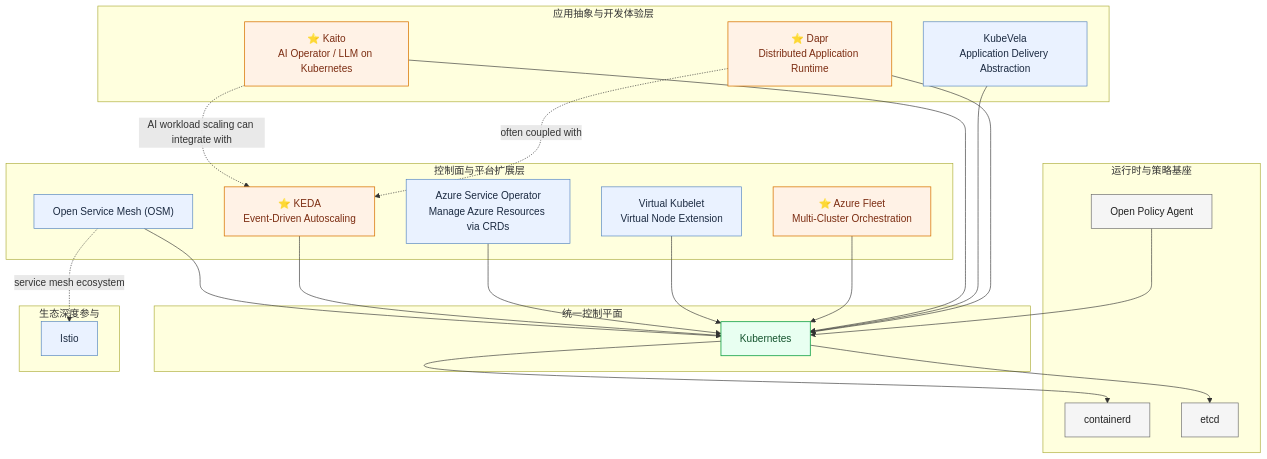
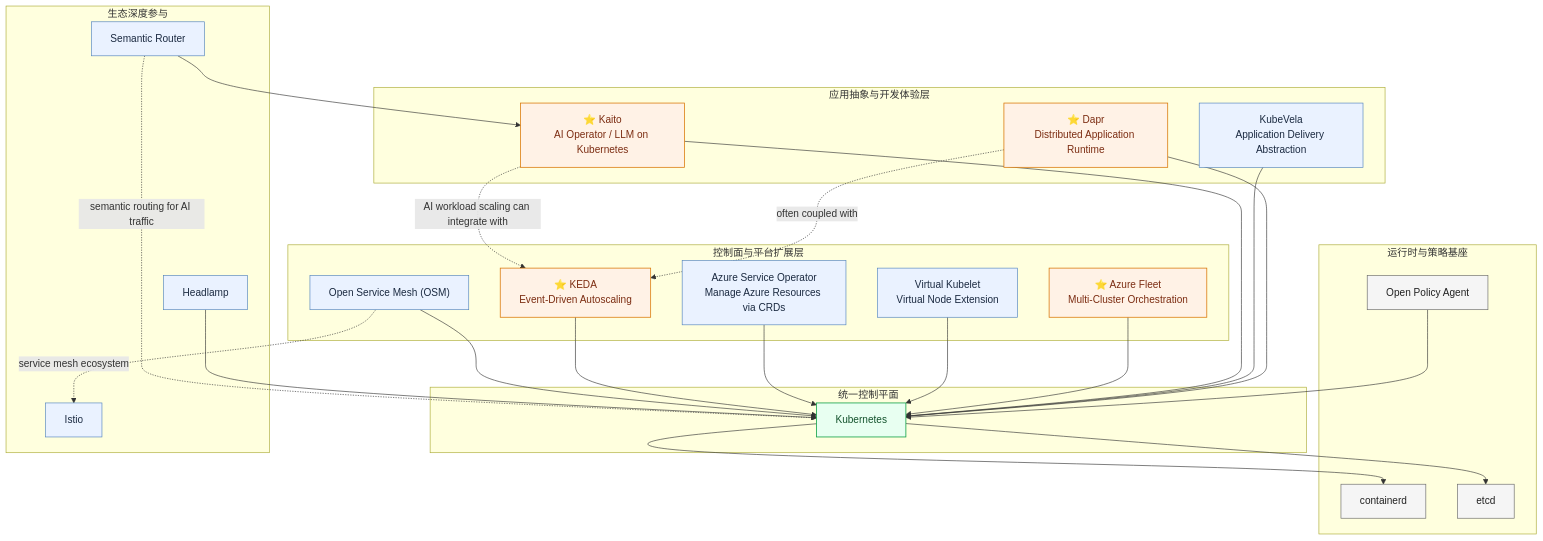
The diagram in case-study/azure.md (pacoxu/AI-Infra), drawn with Mermaid before and after one commit. The commit also changed other lines of this file and 2 other files, not shown here.

Commit message:
case-study: add requested azure redhat and tencent projects

````diff
--- a/case-study/azure.md
+++ b/case-study/azure.md
@@ -5,58 +5,63 @@
 ```mermaid
 flowchart TB
   subgraph APP["应用抽象与开发体验层"]
     DAPR["⭐ Dapr<br/>Distributed Application Runtime"]
     KVL["KubeVela<br/>Application Delivery Abstraction"]
     KAITO["⭐ Kaito<br/>AI Operator / LLM on Kubernetes"]
   end
 
   subgraph CTRL["控制面与平台扩展层"]
     FLEET["⭐ Azure Fleet<br/>Multi-Cluster Orchestration"]
     VK["Virtual Kubelet<br/>Virtual Node Extension"]
     ASO["Azure Service Operator<br/>Manage Azure Resources via CRDs"]
     KEDA["⭐ KEDA<br/>Event-Driven Autoscaling"]
     OSM["Open Service Mesh (OSM)"]
   end
 
   subgraph CORE["统一控制平面"]
     K8S["Kubernetes"]
   end
 
   subgraph BASE["运行时与策略基座"]
     CTD["containerd"]
     ETCD["etcd"]
     OPA["Open Policy Agent"]
   end
 
   subgraph ECO["生态深度参与"]
     ISTIO["Istio"]
+    HEAD["Headlamp"]
+    SR["Semantic Router"]
   end
 
   DAPR --> K8S
   KVL --> K8S
   KAITO --> K8S
 
   FLEET --> K8S
   VK --> K8S
   ASO --> K8S
   KEDA --> K8S
   OSM --> K8S
 
   K8S --> CTD
   K8S --> ETCD
   OPA --> K8S
 
   DAPR -. often coupled with .-> KEDA
   OSM -. service mesh ecosystem .-> ISTIO
   KAITO -. AI workload scaling can integrate with .-> KEDA
+  HEAD --> K8S
+  SR --> KAITO
+  SR -. semantic routing for AI traffic .-> K8S
 
   classDef star fill:#fff2e6,stroke:#d97706,color:#7c2d12,stroke-width:1.2px;
   classDef normal fill:#eaf2ff,stroke:#4f81bd,color:#1b2a41,stroke-width:1px;
   classDef core fill:#e8fff1,stroke:#16a34a,color:#14532d,stroke-width:1.3px;
   classDef base fill:#f5f5f5,stroke:#666,color:#222,stroke-width:1px;
 
   class DAPR,FLEET,KEDA,KAITO star;
-  class KVL,VK,ASO,OSM,ISTIO normal;
+  class KVL,VK,ASO,OSM,ISTIO,HEAD,SR normal;
   class K8S core;
   class CTD,ETCD,OPA base;
 ```
````
